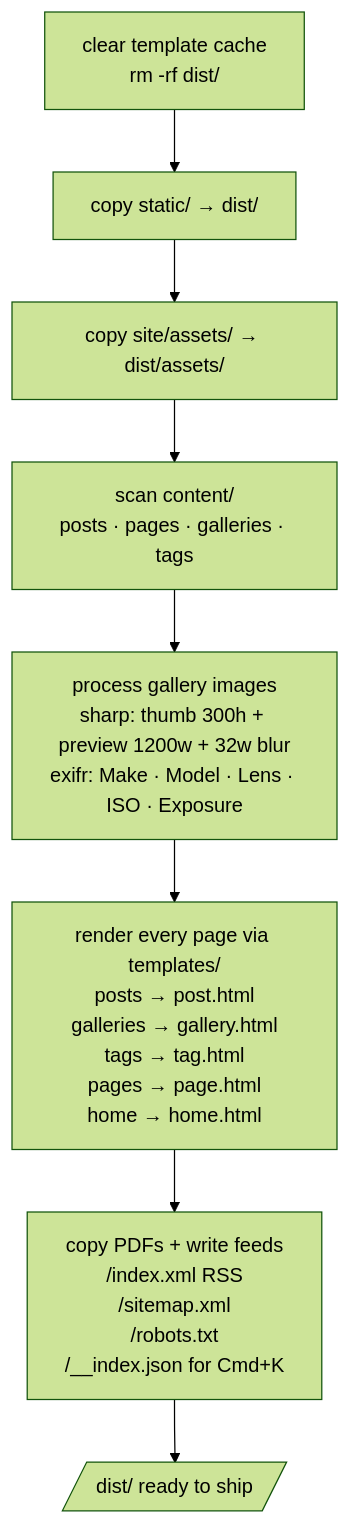
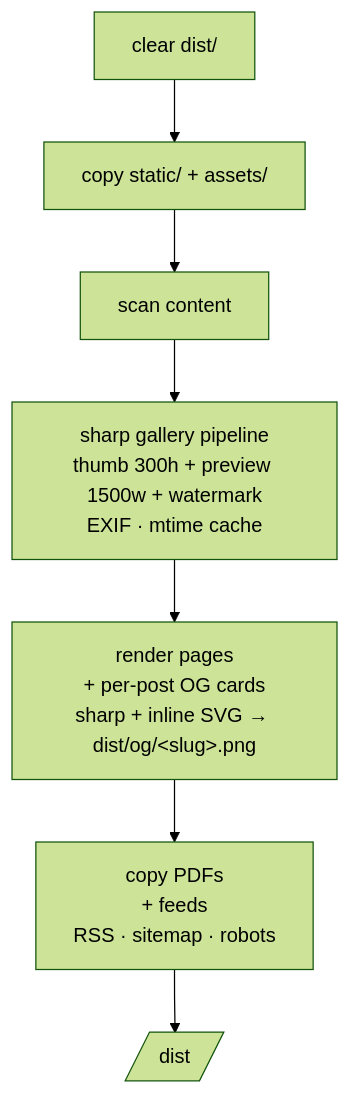
One commit to nekrutnikolai/mysite changed the second of 4 diagrams in README.md. Above: the diagram before and after it, drawn with Mermaid (forest theme). The commit also changed other lines of this file and 1 other file, not shown here.

First line of the commit message:
docs: refresh README + CLAUDE.md after recent architecture changes

````diff
--- a/README.md
+++ b/README.md
@@ -70,10 +58,9 @@
 ```mermaid
 flowchart TB
-    A[clear template cache<br/>rm -rf dist/] --> B[copy static/ → dist/]
-    B --> C[copy site/assets/ → dist/assets/]
-    C --> D[scan content/<br/>posts · pages · galleries · tags]
-    D --> E[process gallery images<br/>sharp: thumb 300h + preview 1200w + 32w blur<br/>exifr: Make · Model · Lens · ISO · Exposure]
-    E --> F[render every page via templates/<br/>posts → post.html<br/>galleries → gallery.html<br/>tags → tag.html<br/>pages → page.html<br/>home → home.html]
-    F --> G[copy PDFs + write feeds<br/>/index.xml RSS<br/>/sitemap.xml<br/>/robots.txt<br/>/__index.json for Cmd+K]
-    G --> H[/dist/ ready to ship/]
+    A[clear dist/] --> B[copy static/ + assets/]
+    B --> D[scan content]
+    D --> E[sharp gallery pipeline<br/>thumb 300h + preview 1500w + watermark<br/>EXIF · mtime cache]
+    E --> F[render pages<br/>+ per-post OG cards<br/>sharp + inline SVG → dist/og/&lt;slug&gt;.png]
+    F --> G[copy PDFs<br/>+ feeds<br/>RSS · sitemap · robots]
+    G --> H[/dist/]
 ```
````
